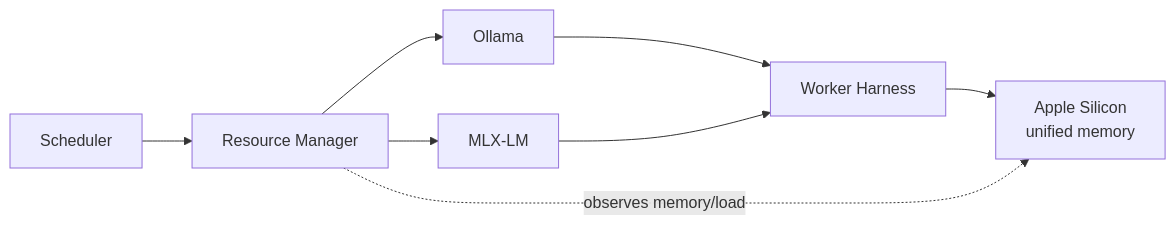
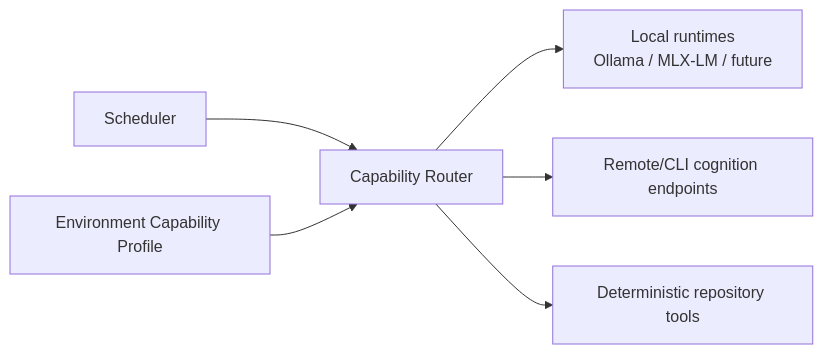
Diagram 12 of 13 in docs/ARCHITECTURE.md (olostan/DevCadence), drawn with Mermaid before and after one commit. The commit also changed other lines of this file, not shown here.

Commit message:
docs: make architecture capability-routed and host independent

````diff
--- a/docs/ARCHITECTURE.md
+++ b/docs/ARCHITECTURE.md
@@ -501,17 +512,15 @@
 ```mermaid
 flowchart LR
     Scheduler["Scheduler"]
-    Resource["Resource Manager"]
-    Ollama["Ollama"]
-    MLX["MLX-LM"]
-    Harness["Worker Harness"]
-    Mac["Apple Silicon<br/>unified memory"]
+    Router["Capability Router"]
+    Env["Environment Capability Profile"]
+    Local["Local runtimes<br/>Ollama / MLX-LM / future"]
+    Remote["Remote/CLI cognition endpoints"]
+    Tools["Deterministic repository tools"]
 
-    Scheduler --> Resource
-    Resource --> Ollama
-    Resource --> MLX
-    Ollama --> Harness
-    MLX --> Harness
-    Harness --> Mac
-    Resource -. observes memory/load .-> Mac
+    Scheduler --> Router
+    Env --> Router
+    Router --> Local
+    Router --> Remote
+    Router --> Tools
 ```
````
